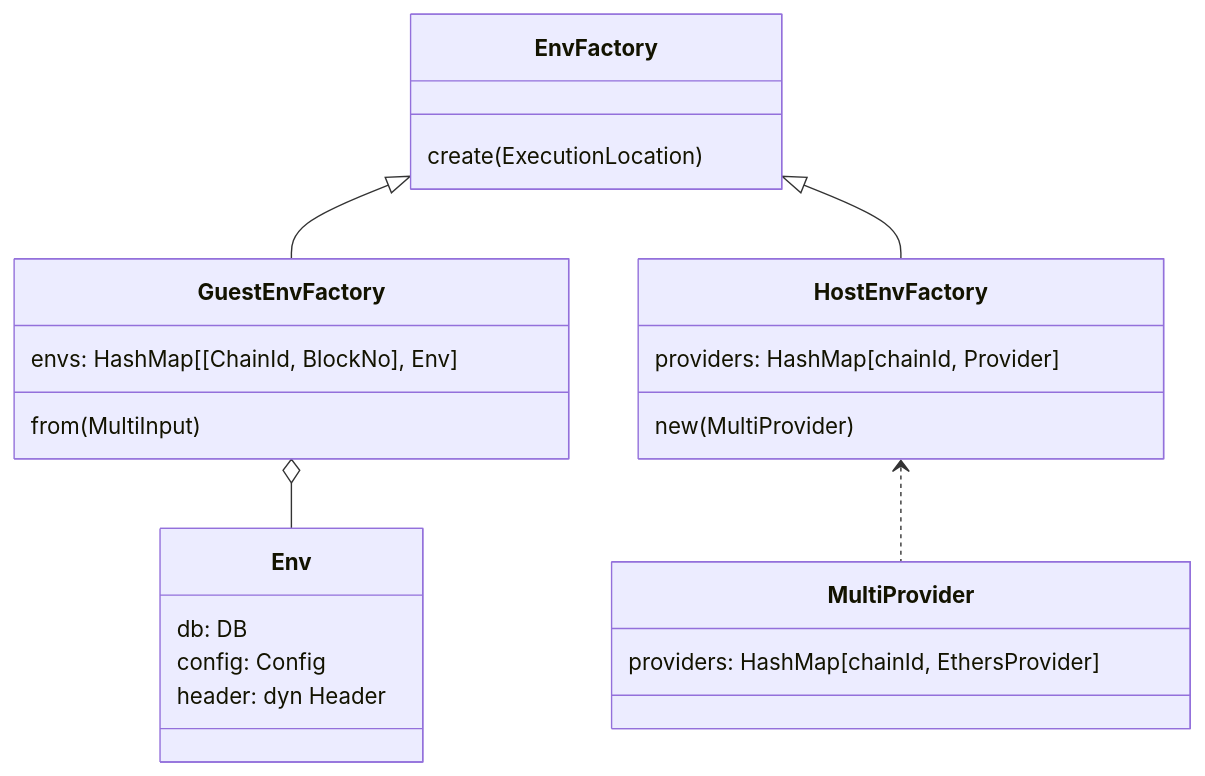
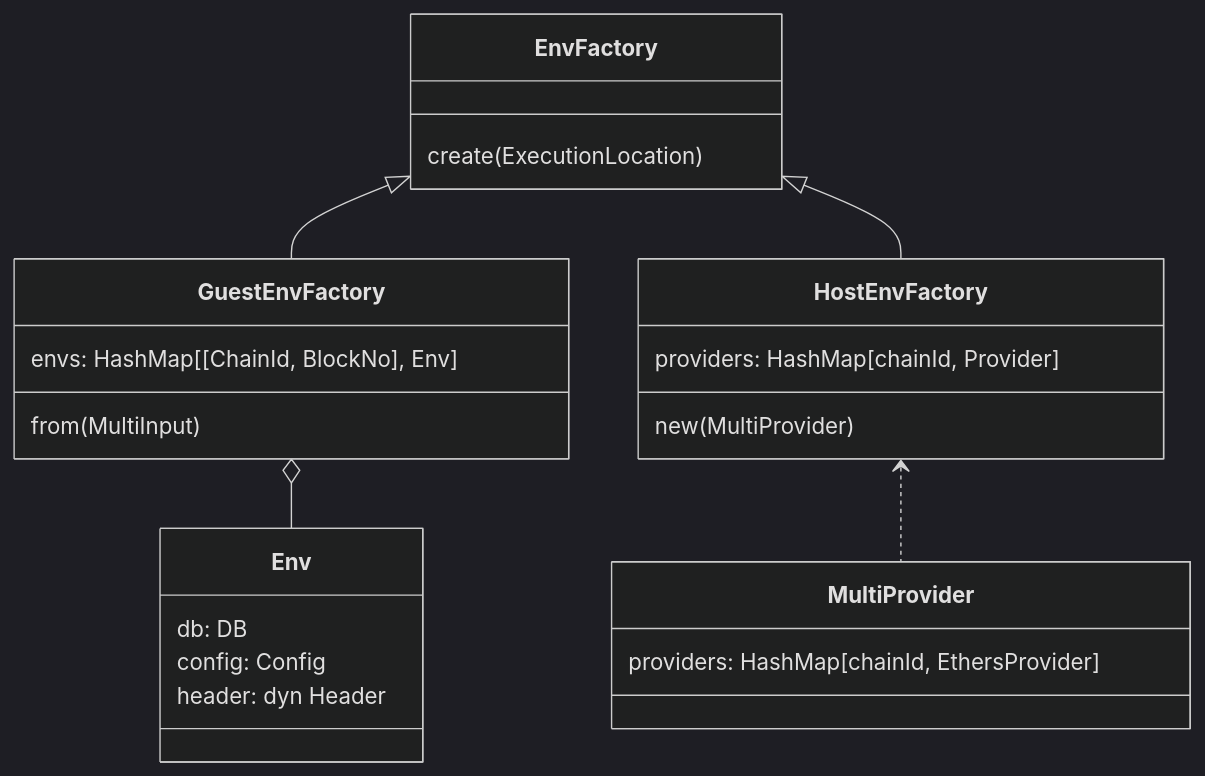
The diagram in book/src/appendix/architecture/multi.md (vlayer-xyz/vlayer), drawn with Mermaid before and after one commit. The commit also changed 1 other file, not shown here.

Commit message:
improve diagrams and stdin/stdout

````diff
--- a/book/src/appendix/architecture/multi.md
+++ b/book/src/appendix/architecture/multi.md
@@ -37,32 +37,33 @@
 ```mermaid
+%%{init: {'theme':'dark'}}%%
 classDiagram
 
 class EnvFactory {
   create(ExecutionLocation)
 }
 
 class HostEnvFactory {
   providers: HashMap[chainId, Provider]
   new(MultiProvider)
 }
 
 class GuestEnvFactory {
   envs: HashMap[[ChainId, BlockNo], Env<WrapStateDB>]
   from(MultiInput)
 }
 
 class Env {
   db: DB
   config: Config
   header: dyn Header
 }
 
 class MultiProvider {
   providers: HashMap[chainId, EthersProvider]
 }
 
 EnvFactory <|-- GuestEnvFactory
 EnvFactory <|-- HostEnvFactory
 GuestEnvFactory o-- Env
 HostEnvFactory <.. MultiProvider
 ```
````
